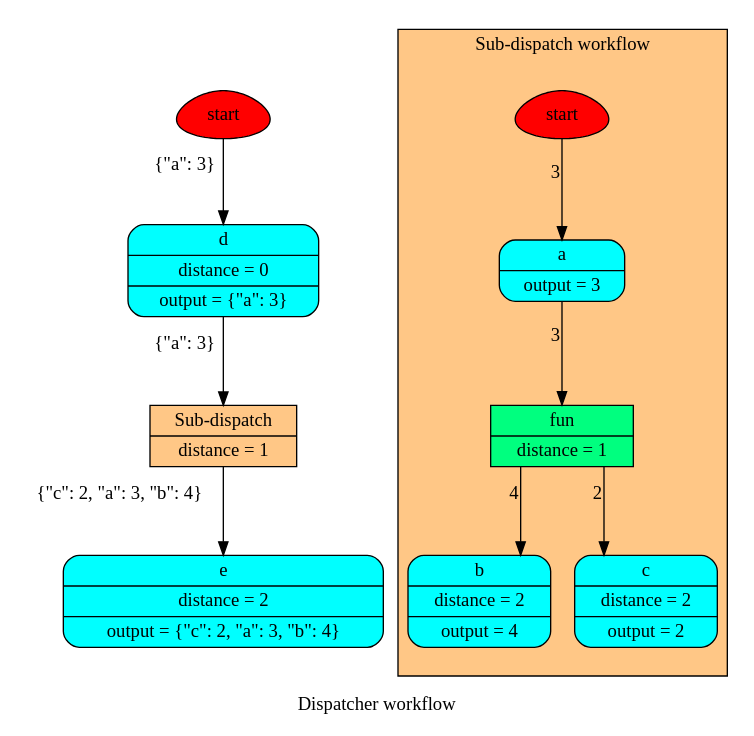
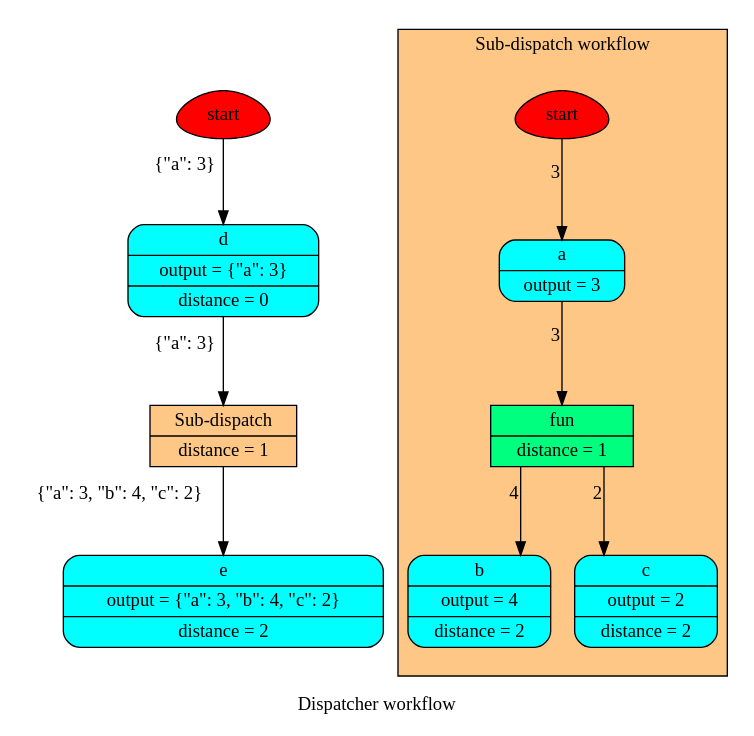
Before and after one commit to vinci1it2000/schedula: the diagram in doc/source/dispatcher/utils/dsp/SubDispatch_wf.dot, drawn with Graphviz. The commit also changed 127 other files, not shown here.

```diff
--- a/doc/source/dispatcher/utils/dsp/SubDispatch_wf.dot
+++ b/doc/source/dispatcher/utils/dsp/SubDispatch_wf.dot
@@ -1,28 +1,28 @@
 digraph Dispatcher {
 	graph [ratio=1]
 	node [style=filled]
+	splines = ortho
 	label = "Dispatcher workflow"
-	splines = ortho
-		Dispatcher_4373721400 [label=start fillcolor=red shape=egg]
-		subgraph "cluster_Dispatcher_-2877565844513027573" {
+		Dispatcher_4371534136 [label=start fillcolor=red shape=egg]
+		"Dispatcher_-6328780589348846534" [label="{ e | output = \{&quot;a&quot;: 3, &quot;b&quot;: 4, &quot;c&quot;: 2\} | distance = 2 }" fillcolor=cyan shape=Mrecord]
+		subgraph "cluster_Dispatcher_-9113368649110531412" {
 		style=filled
 		fillcolor="#FF8F0F80"
 		label="Sub-dispatch workflow"
 		comment="Sub-dispatch"
-			"cluster_Dispatcher_-2877565844513027573_4373721400" [label=start fillcolor=red shape=egg]
-			"cluster_Dispatcher_-2877565844513027573_4945678531994257712" [label="{ fun | distance = 1 }" fillcolor=springgreen shape=record]
-			"cluster_Dispatcher_-2877565844513027573_-8503278920192876870" [label="{ a | output = 3 }" fillcolor=cyan shape=Mrecord]
-			"cluster_Dispatcher_-2877565844513027573_-3117625956851900853" [label="{ b | distance = 2 | output = 4 }" fillcolor=cyan shape=Mrecord]
-			"cluster_Dispatcher_-2877565844513027573_-1739731674132073175" [label="{ c | distance = 2 | output = 2 }" fillcolor=cyan shape=Mrecord]
-				"cluster_Dispatcher_-2877565844513027573_4373721400" -> "cluster_Dispatcher_-2877565844513027573_-8503278920192876870" [xlabel=3]
-				"cluster_Dispatcher_-2877565844513027573_4945678531994257712" -> "cluster_Dispatcher_-2877565844513027573_-1739731674132073175" [xlabel=2]
-				"cluster_Dispatcher_-2877565844513027573_4945678531994257712" -> "cluster_Dispatcher_-2877565844513027573_-3117625956851900853" [xlabel=4]
-				"cluster_Dispatcher_-2877565844513027573_-8503278920192876870" -> "cluster_Dispatcher_-2877565844513027573_4945678531994257712" [xlabel=3]
+			"cluster_Dispatcher_-9113368649110531412_4371534136" [label=start fillcolor=red shape=egg]
+			"cluster_Dispatcher_-9113368649110531412_1674253456152474721" [label="{ a | output = 3 }" fillcolor=cyan shape=Mrecord]
+			"cluster_Dispatcher_-9113368649110531412_-6274141345031817014" [label="{ b | output = 4 | distance = 2 }" fillcolor=cyan shape=Mrecord]
+			"cluster_Dispatcher_-9113368649110531412_4736239098108350630" [label="{ c | output = 2 | distance = 2 }" fillcolor=cyan shape=Mrecord]
+			"cluster_Dispatcher_-9113368649110531412_7696248228929669201" [label="{ fun | distance = 1 }" fillcolor=springgreen shape=record]
+				"cluster_Dispatcher_-9113368649110531412_4371534136" -> "cluster_Dispatcher_-9113368649110531412_1674253456152474721" [xlabel=3]
+				"cluster_Dispatcher_-9113368649110531412_1674253456152474721" -> "cluster_Dispatcher_-9113368649110531412_7696248228929669201" [xlabel=3]
+				"cluster_Dispatcher_-9113368649110531412_7696248228929669201" -> "cluster_Dispatcher_-9113368649110531412_-6274141345031817014" [xlabel=4]
+				"cluster_Dispatcher_-9113368649110531412_7696248228929669201" -> "cluster_Dispatcher_-9113368649110531412_4736239098108350630" [xlabel=2]
 		}
-		"Dispatcher_-2877565844513027573" [label="{ Sub-dispatch | distance = 1 }" fillcolor="#FF8F0F80" shape=record]
-		Dispatcher_4028652557604299651 [label="{ d | distance = 0 | output = \{&quot;a&quot;: 3\} }" fillcolor=cyan shape=Mrecord]
-		"Dispatcher_-6116169728861687157" [label="{ e | distance = 2 | output = \{&quot;c&quot;: 2, &quot;a&quot;: 3, &quot;b&quot;: 4\} }" fillcolor=cyan shape=Mrecord]
-			Dispatcher_4373721400 -> Dispatcher_4028652557604299651 [xlabel="\{&quot;a&quot;: 3\}"]
-			"Dispatcher_-2877565844513027573" -> "Dispatcher_-6116169728861687157" [xlabel="\{&quot;c&quot;: 2, &quot;a&quot;: 3, &quot;b&quot;: 4\}"]
-			Dispatcher_4028652557604299651 -> "Dispatcher_-2877565844513027573" [xlabel="\{&quot;a&quot;: 3\}"]
+		"Dispatcher_-9113368649110531412" [label="{ Sub-dispatch | distance = 1 }" fillcolor="#FF8F0F80" shape=record]
+		"Dispatcher_-6575553139397358114" [label="{ d | output = \{&quot;a&quot;: 3\} | distance = 0 }" fillcolor=cyan shape=Mrecord]
+			Dispatcher_4371534136 -> "Dispatcher_-6575553139397358114" [xlabel="\{&quot;a&quot;: 3\}"]
+			"Dispatcher_-9113368649110531412" -> "Dispatcher_-6328780589348846534" [xlabel="\{&quot;a&quot;: 3, &quot;b&quot;: 4, &quot;c&quot;: 2\}"]
+			"Dispatcher_-6575553139397358114" -> "Dispatcher_-9113368649110531412" [xlabel="\{&quot;a&quot;: 3\}"]
 }
```
